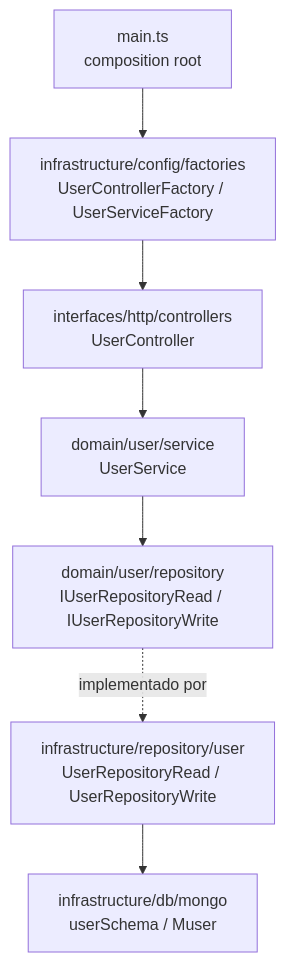
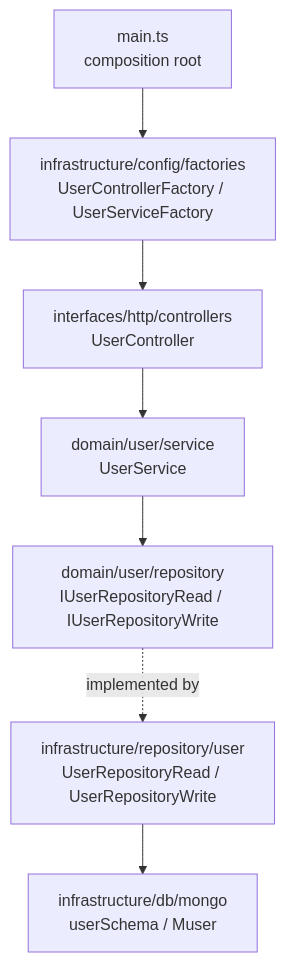
One commit to whitebeardit/node-boilerplate changed the diagram in docs/architecture.md. Above: the diagram before and after it, drawn with Mermaid. The commit also changed other lines of this file and 5 other files, not shown here.

````diff
--- a/docs/architecture.md
+++ b/docs/architecture.md
@@ -8,9 +8,9 @@
 ```mermaid
 graph TD
     A[main.ts<br/>composition root] --> B[infrastructure/config/factories<br/>UserControllerFactory / UserServiceFactory]
     B --> C[interfaces/http/controllers<br/>UserController]
     C --> D[domain/user/service<br/>UserService]
     D --> E[domain/user/repository<br/>IUserRepositoryRead / IUserRepositoryWrite]
-    E -.implementado por.-> F[infrastructure/repository/user<br/>UserRepositoryRead / UserRepositoryWrite]
+    E -.implemented by.-> F[infrastructure/repository/user<br/>UserRepositoryRead / UserRepositoryWrite]
     F --> G[infrastructure/db/mongo<br/>userSchema / Muser]
 ```
````
